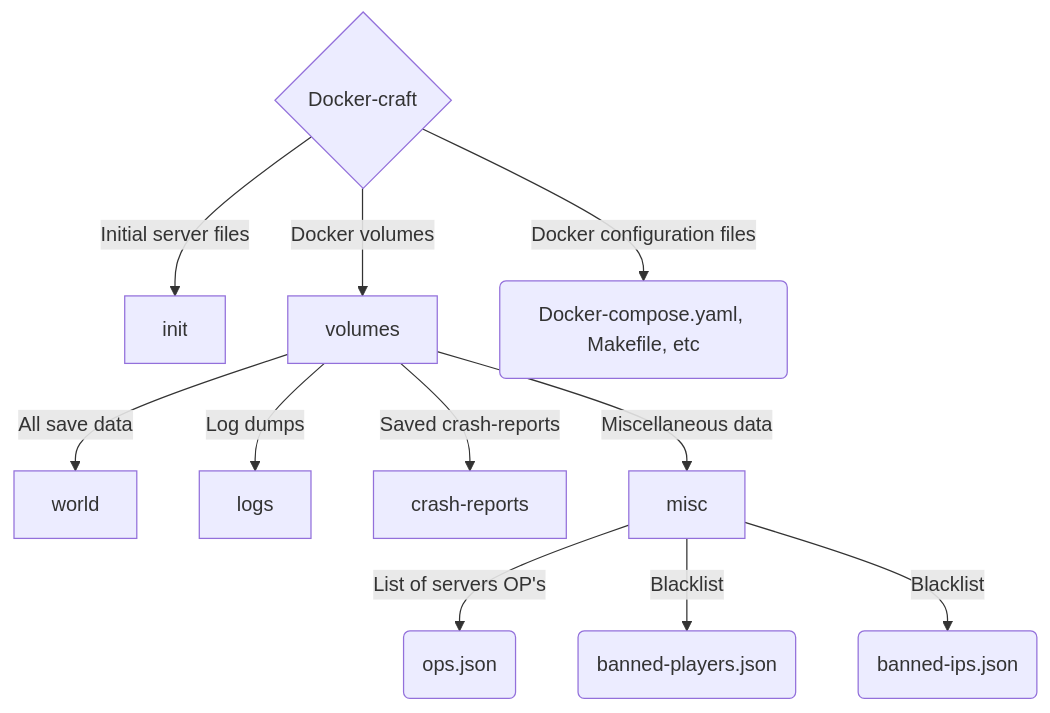
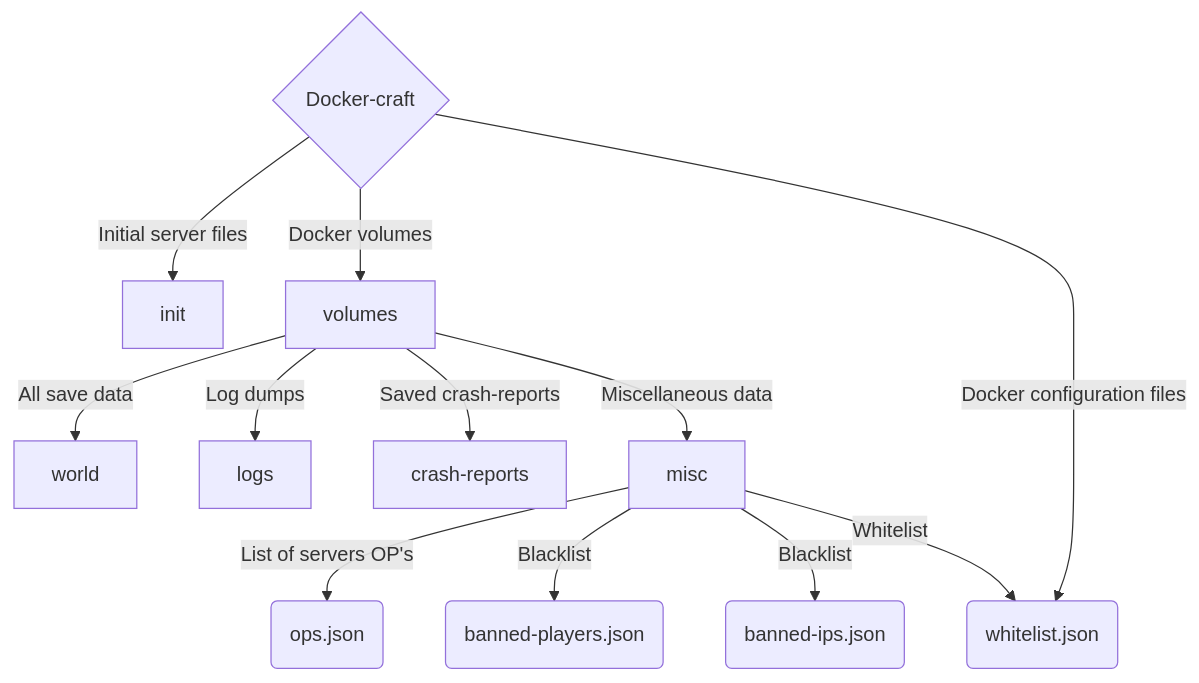
Before and after one commit to Molniyax/docker_craft: the diagram in README.md, drawn with Mermaid. The commit also changed other lines of this file, not shown here.

````diff
--- a/README.md
+++ b/README.md
@@ -133,13 +129,14 @@
 ```mermaid
 graph TD;
 	A{Docker-craft}-->|Initial server files| init;
 	A{Docker-craft}-->|Docker volumes| volumes;
 	A{Docker-craft}-->|Docker configuration files| E(Docker-compose.yaml, Makefile, etc)
 	volumes-->|All save data| world;
 	volumes-->|Log dumps| logs;
 	volumes-->|Saved crash-reports| crash-reports;
 	volumes-->|Miscellaneous data| misc;
 	misc-->|List of servers OP's| B(ops.json);
 	misc-->|Blacklist| C(banned-players.json);
 	misc-->|Blacklist| D(banned-ips.json);
+	misc-->|Whitelist| E(whitelist.json);
 ```
````
